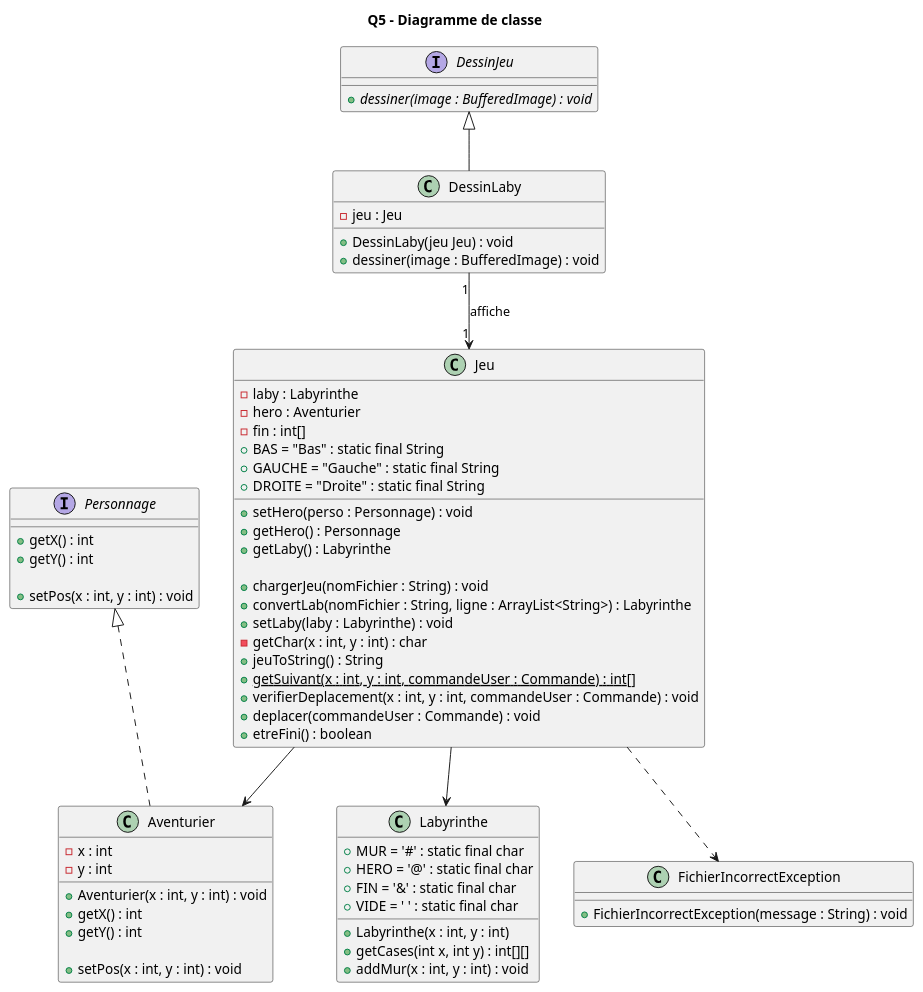
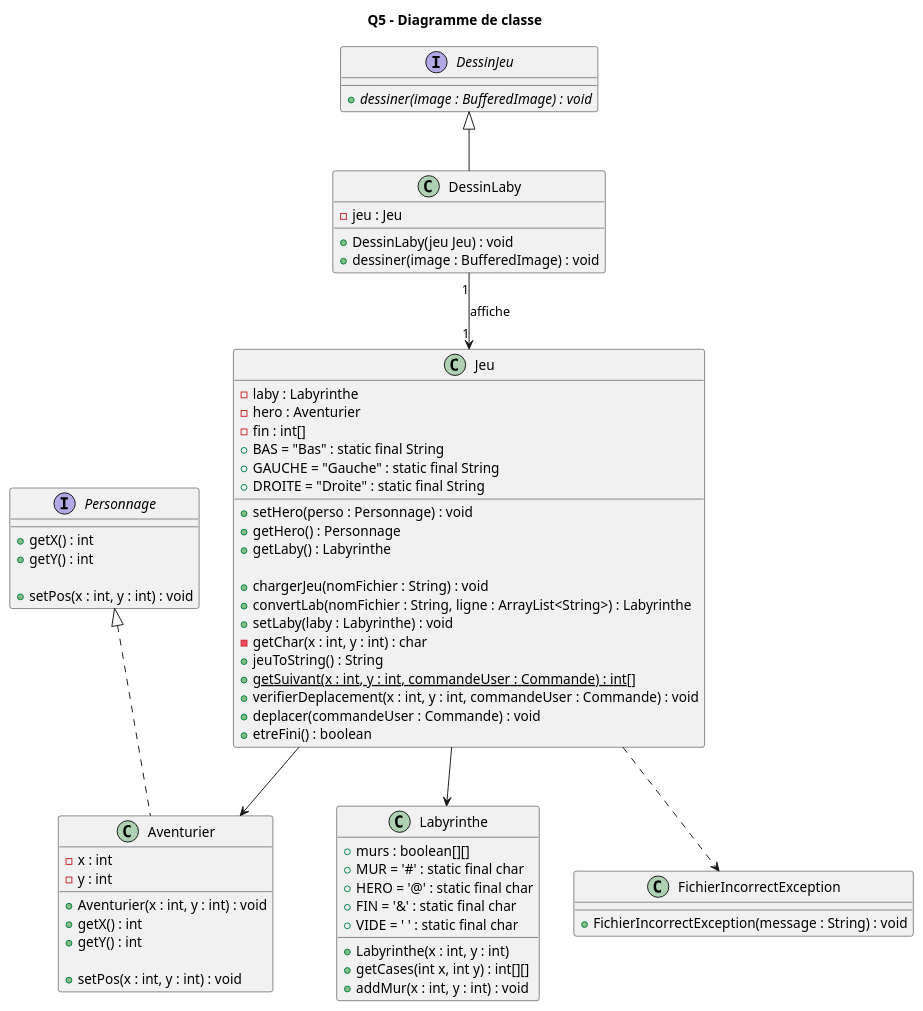
Before and after one commit to lucas-martinati-pro/SAE_S2.01_Zeldiablo-LucasM_JeanLM_PierreGSV: the diagram in projet_zeldiablo/documents/version_2/Q5 - Diagramme de Classe.puml, drawn with PlantUML. The commit also changed 1 other file, not shown here.

```diff
--- a/projet_zeldiablo/documents/version_2/Q5 - Diagramme de Classe.puml
+++ b/projet_zeldiablo/documents/version_2/Q5 - Diagramme de Classe.puml
@@ -1,72 +1,73 @@
 @startuml
     title Q5 - Diagramme de classe
 
 class Jeu {
     -laby : Labyrinthe
     -hero : Aventurier
     -fin : int[]
     +BAS = "Bas" : static final String
     +GAUCHE = "Gauche" : static final String
     +DROITE = "Droite" : static final String
 
     +setHero(perso : Personnage) : void
     +getHero() : Personnage
     +getLaby() : Labyrinthe
 
     +chargerJeu(nomFichier : String) : void
     +convertLab(nomFichier : String, ligne : ArrayList<String>) : Labyrinthe
     +setLaby(laby : Labyrinthe) : void
     -getChar(x : int, y : int) : char
     +jeuToString() : String
     +{static} getSuivant(x : int, y : int, commandeUser : Commande) : int[]
     +verifierDeplacement(x : int, y : int, commandeUser : Commande) : void
     +deplacer(commandeUser : Commande) : void
     +etreFini() : boolean
 }
 class Labyrinthe {
+    +murs : boolean[][]
     +MUR = '#' : static final char
     +HERO = '@' : static final char
     +FIN = '&' : static final char
     +VIDE = ' ' : static final char
 
     +Labyrinthe(x : int, y : int)
     +getCases(int x, int y) : int[][]
     +addMur(x : int, y : int) : void
 }
 interface Personnage {
     +getX() : int
     +getY() : int
 
     +setPos(x : int, y : int) : void
 }
 class Aventurier {
     -x : int
     -y : int
 
     +Aventurier(x : int, y : int) : void
     +getX() : int
     +getY() : int
 
     +setPos(x : int, y : int) : void
 
 }
 class FichierIncorrectException {
     +FichierIncorrectException(message : String) : void
 }
 interface DessinJeu {
     +{abstract} dessiner(image : BufferedImage) : void
 }
 class DessinLaby {
     -jeu : Jeu
 
     +DessinLaby(jeu Jeu) : void
     +dessiner(image : BufferedImage) : void
 }
 
 DessinJeu <|-- DessinLaby
 DessinLaby "1" --> "1" Jeu : affiche
 Jeu --> Labyrinthe
 Jeu --> Aventurier
 Personnage <|.. Aventurier
 Jeu ..> FichierIncorrectException
 @enduml
```
